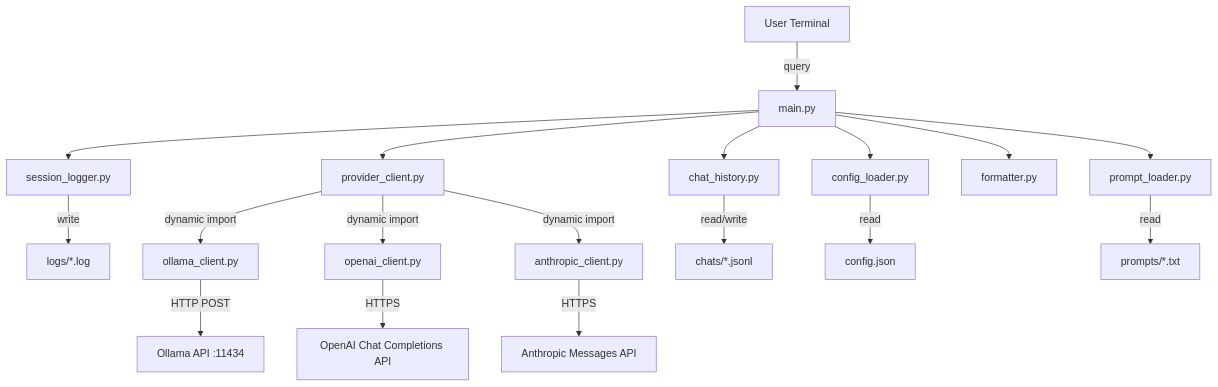
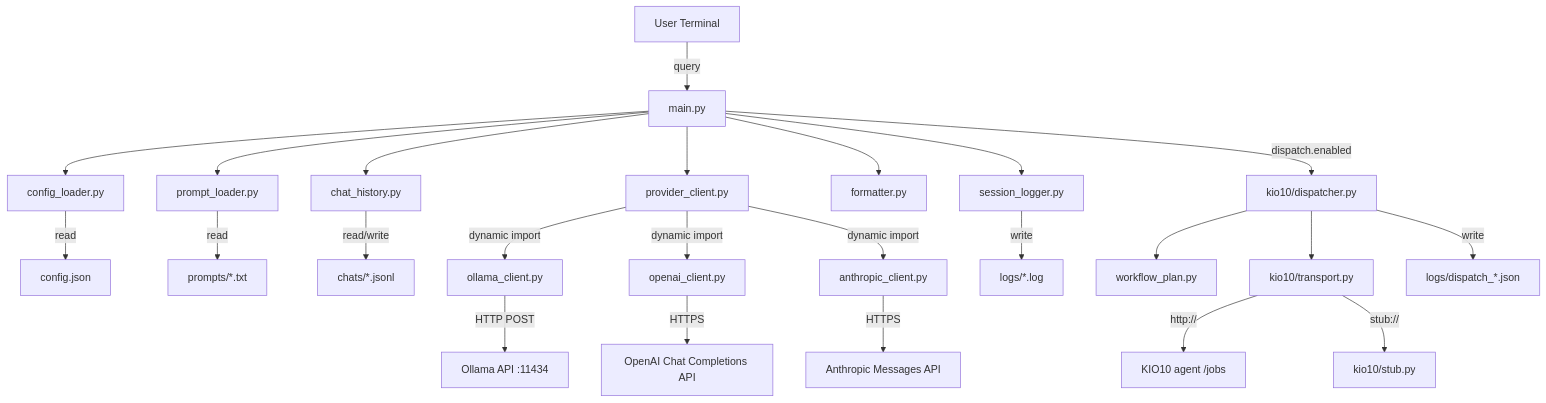
The diagram in docs/architecture.md (ai4sweng/kio1.orchestrator), drawn with Mermaid before and after one commit. The commit also changed other lines of this file and 16 other files, not shown here.

````diff
--- a/docs/architecture.md
+++ b/docs/architecture.md
@@ -9,20 +9,26 @@
 ```mermaid
 graph TD
     User[User Terminal] -->|query| Main[main.py]
     Main --> ConfigLoader[config_loader.py]
     Main --> PromptLoader[prompt_loader.py]
     Main --> ChatHistory[chat_history.py]
     Main --> ProviderClient[provider_client.py]
     Main --> Formatter[formatter.py]
     Main --> SessionLogger[session_logger.py]
+    Main -->|dispatch.enabled| Dispatcher[kio10/dispatcher.py]
+    Dispatcher --> WorkflowPlan[workflow_plan.py]
+    Dispatcher --> KIO10Transport[kio10/transport.py]
+    KIO10Transport -->|http://| KIO10[KIO10 agent /jobs]
+    KIO10Transport -->|stub://| KIO10Stub[kio10/stub.py]
+    Dispatcher -->|write| ReportFiles[logs/dispatch_*.json]
     SessionLogger -->|write| LogFiles[logs/*.log]
     ProviderClient -->|dynamic import| OllamaClient[ollama_client.py]
     ProviderClient -->|dynamic import| OpenAIClient[openai_client.py]
     ProviderClient -->|dynamic import| AnthropicClient[anthropic_client.py]
     OllamaClient -->|HTTP POST| Ollama[Ollama API :11434]
     OpenAIClient -->|HTTPS| OpenAIAPI[OpenAI Chat Completions API]
     AnthropicClient -->|HTTPS| AnthropicAPI[Anthropic Messages API]
     ChatHistory -->|read/write| ChatFiles[chats/*.jsonl]
     ConfigLoader -->|read| ConfigFile[config.json]
     PromptLoader -->|read| PromptFile[prompts/*.txt]
 ```
````
